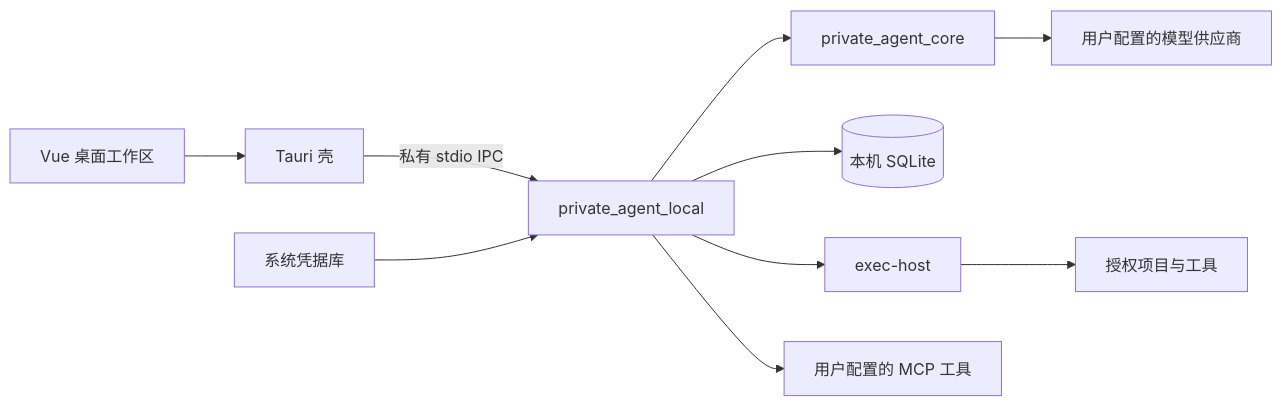
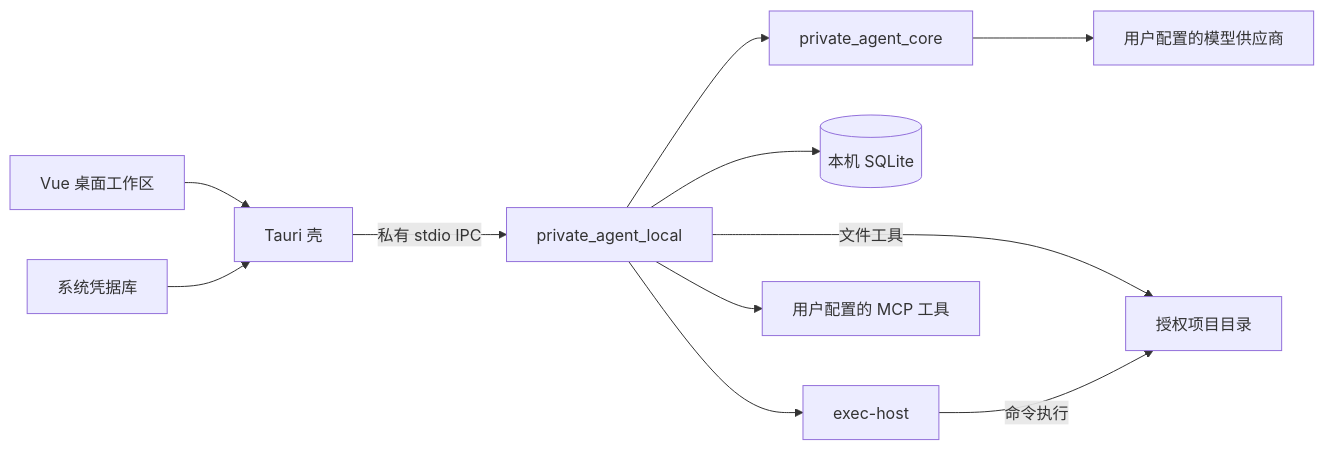
The diagram in README.md (lkuliuying/PrivateAgent), drawn with Mermaid before and after one commit. The commit also changed other lines of this file, not shown here.

````diff
--- a/README.md
+++ b/README.md
@@ -25,12 +43,13 @@
 ```mermaid
 flowchart LR
     UI[Vue 桌面工作区] --> Shell[Tauri 壳]
     Shell -->|私有 stdio IPC| Local[private_agent_local]
     Local --> Core[private_agent_core]
     Core --> Provider[用户配置的模型供应商]
     Local --> DB[(本机 SQLite)]
     Local --> Host[exec-host]
-    Host --> Project[授权项目与工具]
+    Local -->|文件工具| Project[授权项目目录]
+    Host -->|命令执行| Project
     Local --> MCP[用户配置的 MCP 工具]
-    Keyring[系统凭据库] --> Local
+    Keyring[系统凭据库] --> Shell
 ```
````
